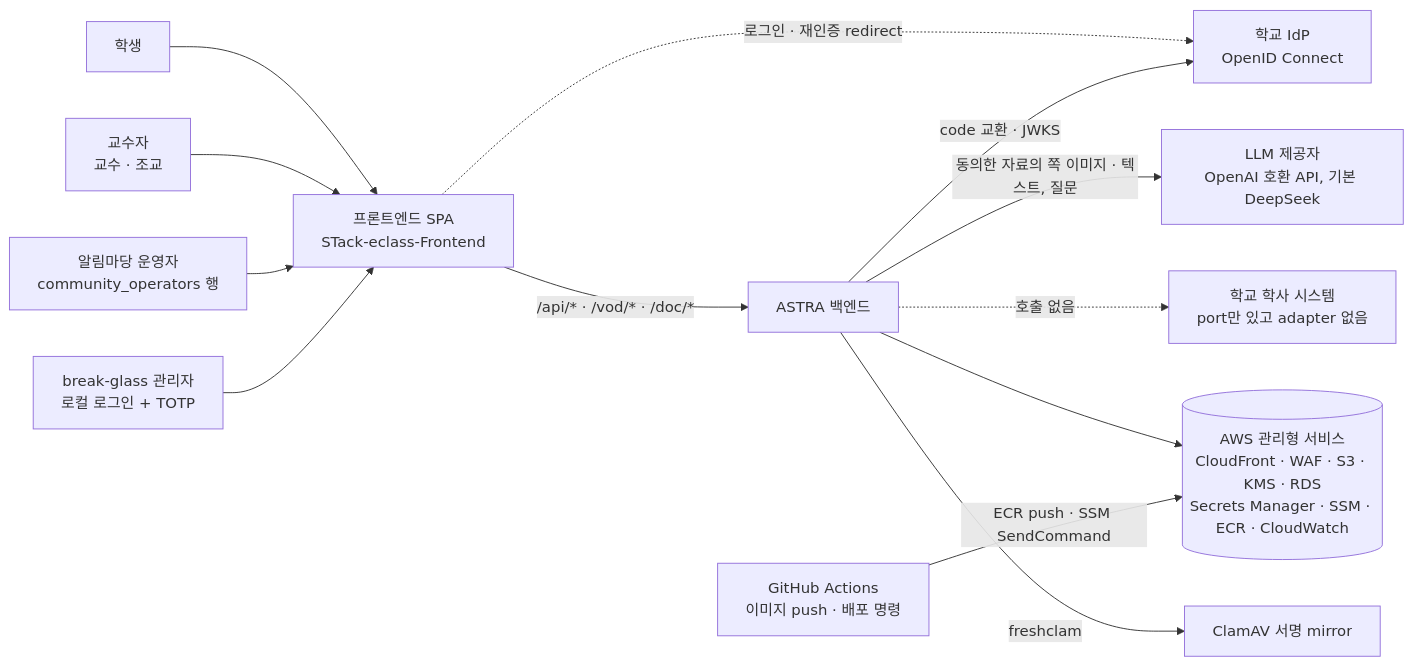
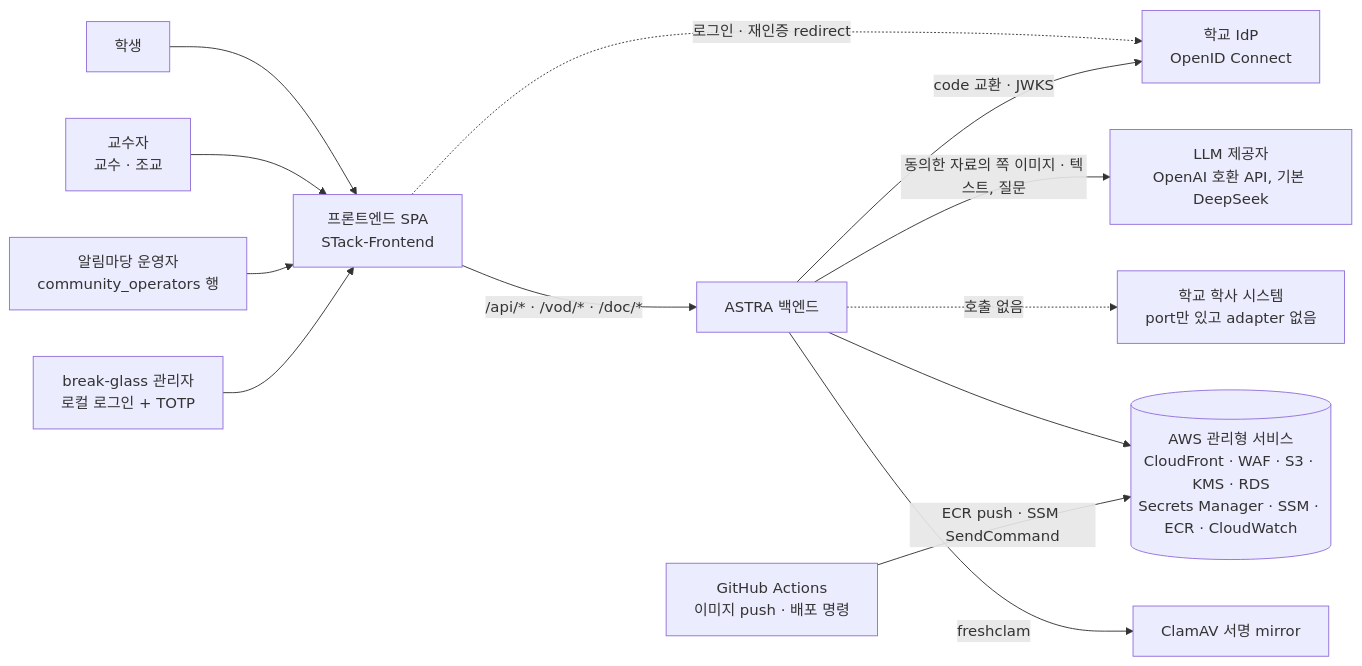
The first of 18 diagrams in backend/docs/c4.md (2026ENDPoinT/team13), drawn with Mermaid before and after one commit. The commit also changed 7 other files, not shown here.

````diff
--- a/backend/docs/c4.md
+++ b/backend/docs/c4.md
@@ -19,24 +19,24 @@
 ```mermaid
 flowchart LR
   ST["학생"]
   IN["교수자<br/>교수 · 조교"]
   OP["알림마당 운영자<br/>community_operators 행"]
   BG["break-glass 관리자<br/>로컬 로그인 + TOTP"]
-  FE["프론트엔드 SPA<br/>STack-eclass-Frontend"]
+  FE["프론트엔드 SPA<br/>STack-Frontend"]
   AS["ASTRA 백엔드"]
   IDP["학교 IdP<br/>OpenID Connect"]
   LLM["LLM 제공자<br/>OpenAI 호환 API, 기본 DeepSeek"]
   REG["학교 학사 시스템<br/>port만 있고 adapter 없음"]
   AWS[("AWS 관리형 서비스<br/>CloudFront · WAF · S3 · KMS · RDS<br/>Secrets Manager · SSM · ECR · CloudWatch")]
   MIR["ClamAV 서명 mirror"]
   GH["GitHub Actions<br/>이미지 push · 배포 명령"]
   ST & IN & OP & BG --> FE
   FE -->|"/api/* · /vod/* · /doc/*"| AS
   FE -.->|"로그인 · 재인증 redirect"| IDP
   AS -->|"code 교환 · JWKS"| IDP
   AS -->|"동의한 자료의 쪽 이미지 · 텍스트, 질문"| LLM
   AS -.->|"호출 없음"| REG
   AS --> AWS
   AS -->|"freshclam"| MIR
   GH -->|"ECR push · SSM SendCommand"| AWS
 ```
````
